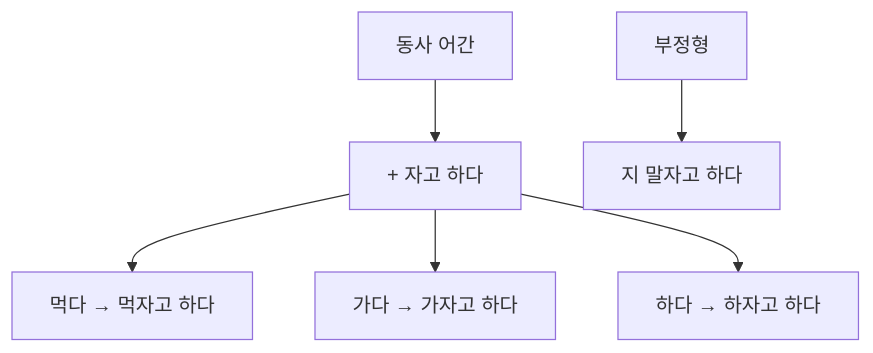
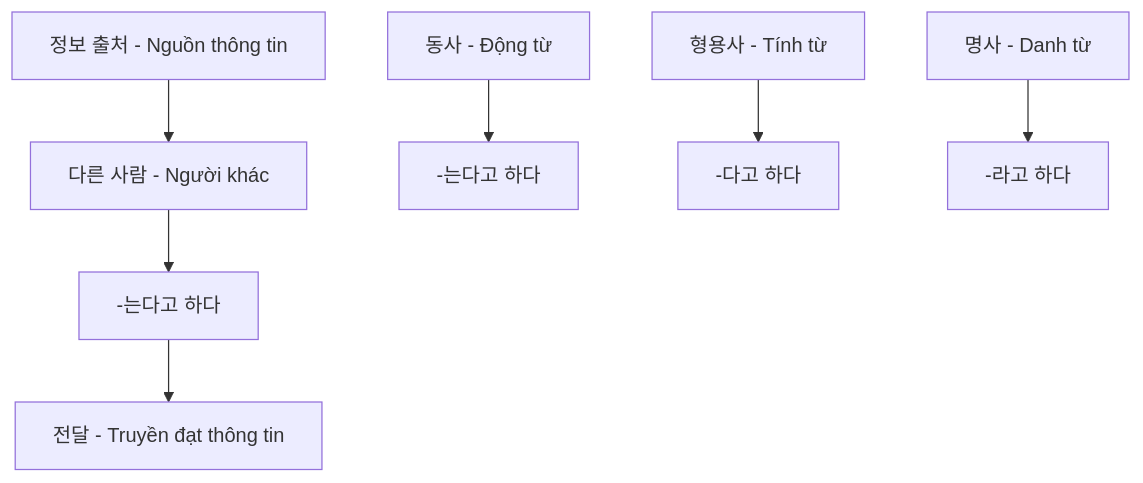
Before and after one commit to khieu-dv/vievlog: the third of 5 diagrams in src/content/soft-skills/korean/bai-5.md, drawn with Mermaid. The commit also changed other lines of this file and 6 other files, not shown here.

````diff
--- a/src/content/soft-skills/korean/bai-5.md
+++ b/src/content/soft-skills/korean/bai-5.md
@@ -99,8 +139,10 @@
 ```mermaid
 flowchart TD
-    A[동사 어간] --> B[+ 자고 하다]
-    B --> C[먹다 → 먹자고 하다]
-    B --> D[가다 → 가자고 하다]
-    B --> E[하다 → 하자고 하다]
-    F[부정형] --> G[지 말자고 하다]
+    A[정보 출처 - Nguồn thông tin] --> B[다른 사람 - Người khác]
+    B --> C[-는다고 하다]
+    C --> D[전달 - Truyền đạt thông tin]
+
+    E[동사 - Động từ] --> F[-는다고 하다]
+    G[형용사 - Tính từ] --> H[-다고 하다]
+    I[명사 - Danh từ] --> J[-라고 하다]
 ```
````
